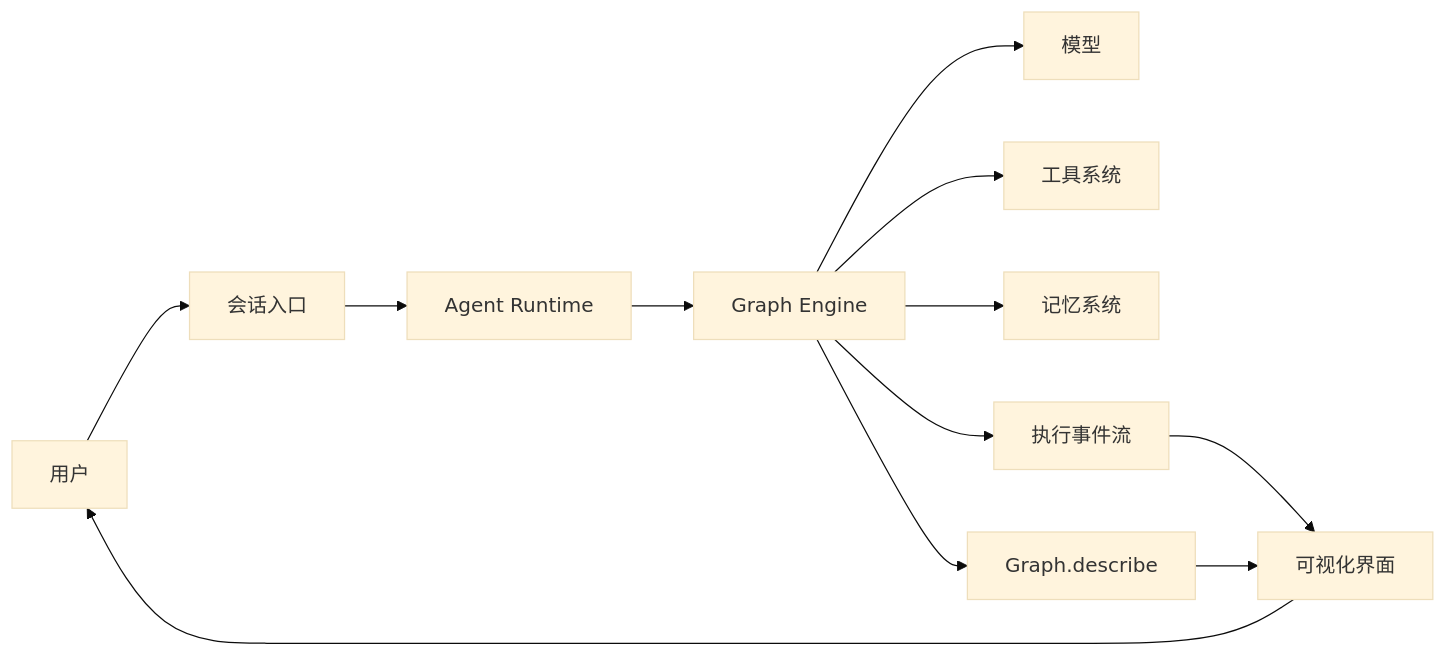
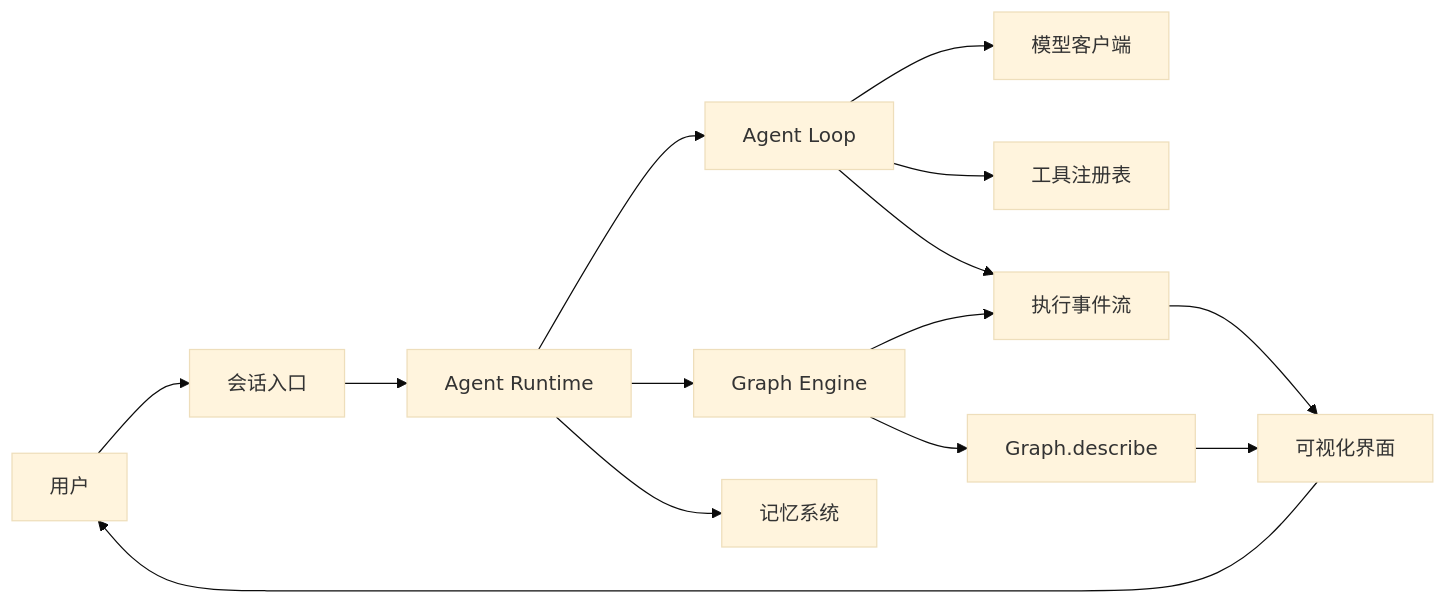
One commit to z114880/everything-agent changed the diagram in README.md. Above: the diagram before and after it, drawn with Mermaid (base theme). The commit also changed other lines of this file and 43 other files, not shown here.

Commit message:
feat: 迁移 TypeScript 并添加 Graph 可视化控制台

````diff
--- a/README.md
+++ b/README.md
@@ -33,14 +44,16 @@
 ```mermaid
 flowchart LR
     U[用户] --> C[会话入口]
     C --> R[Agent Runtime]
+    R --> L[Agent Loop]
     R --> G[Graph Engine]
-    G --> M[模型]
-    G --> T[工具系统]
-    G --> ME[记忆系统]
+    L --> M[模型客户端]
+    L --> T[工具注册表]
+    R --> ME[记忆系统]
+    L --> E[执行事件流]
     G --> E[执行事件流]
     G --> D[Graph.describe]
     E --> V[可视化界面]
     D --> V
     V --> U
 ```
````
